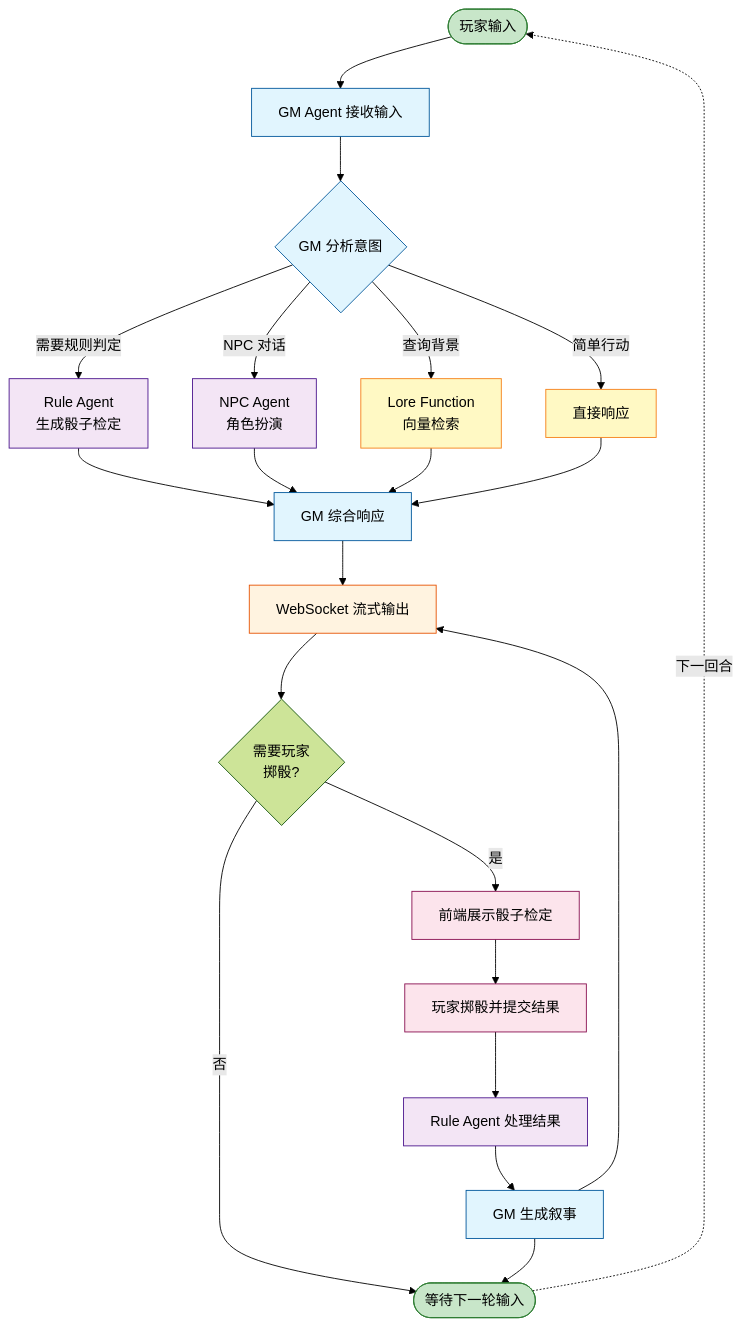
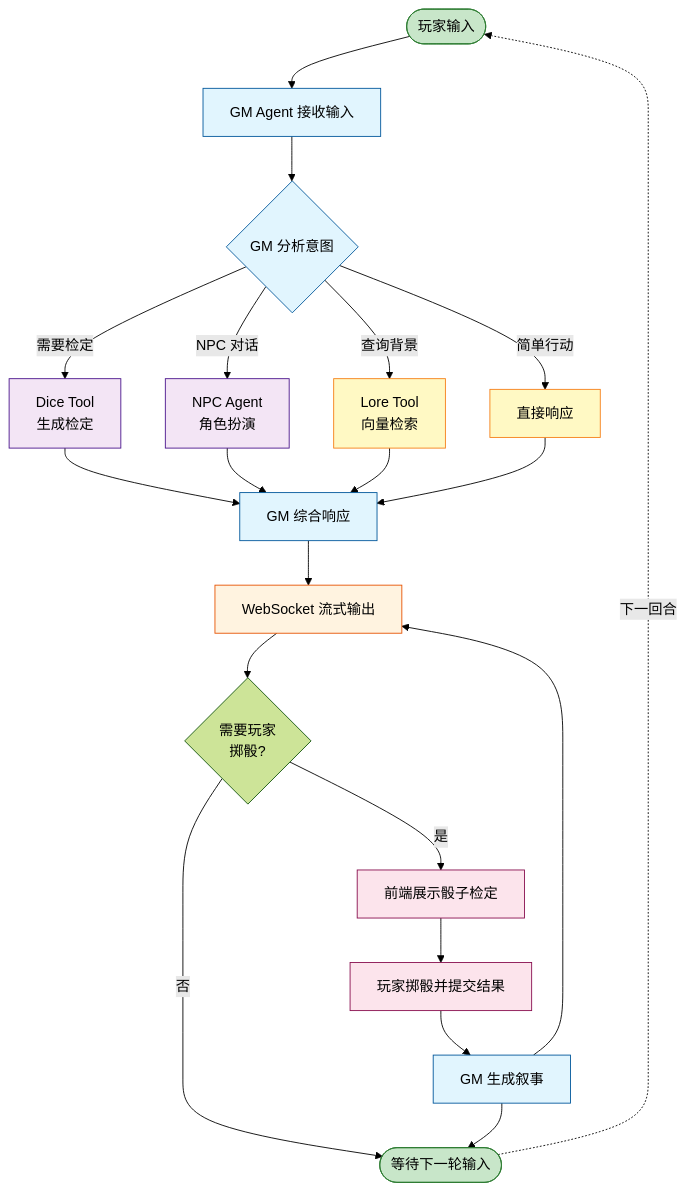
One commit to Rene-Zhou/Astinus changed the second of 2 diagrams in README.md. Above: the diagram before and after it, drawn with Mermaid (forest theme). The commit also changed other lines of this file and 139 other files, not shown here.

````diff
--- a/README.md
+++ b/README.md
@@ -204,44 +197,42 @@
 ```mermaid
 graph TD
     Start([玩家输入]) --> GM_Receive[GM Agent 接收输入]
     GM_Receive --> GM_Analyze{GM 分析意图}
 
-    GM_Analyze -->|需要规则判定| Rule[Rule Agent<br/>生成骰子检定]
     GM_Analyze -->|NPC 对话| NPC[NPC Agent<br/>角色扮演]
-    GM_Analyze -->|查询背景| Lore[Lore Function<br/>向量检索]
+    GM_Analyze -->|查询背景| Lore[Lore Tool<br/>向量检索]
+    GM_Analyze -->|需要检定| Dice[Dice Tool<br/>生成检定]
     GM_Analyze -->|简单行动| Direct[直接响应]
 
-    Rule --> GM_Synthesize[GM 综合响应]
+    Dice --> GM_Synthesize[GM 综合响应]
     NPC --> GM_Synthesize
     Lore --> GM_Synthesize
     Direct --> GM_Synthesize
 
     GM_Synthesize --> Stream[WebSocket 流式输出]
     Stream --> Wait{需要玩家<br/>掷骰?}
 
     Wait -->|是| DiceCheck[前端展示骰子检定]
     DiceCheck --> DiceResult[玩家掷骰并提交结果]
-    DiceResult --> Rule_Process[Rule Agent 处理结果]
-    Rule_Process --> GM_Narrate[GM 生成叙事]
+    DiceResult --> GM_Narrate[GM 生成叙事]
     GM_Narrate --> Stream
 
     Wait -->|否| End([等待下一轮输入])
     GM_Narrate --> End
 
     End -.下一回合.-> Start
 
     style Start fill:#c8e6c9,stroke:#2e7d32,color:#000000
     style GM_Receive fill:#e1f5fe,stroke:#01579b,color:#000000
     style GM_Analyze fill:#e1f5fe,stroke:#01579b,color:#000000
     style GM_Synthesize fill:#e1f5fe,stroke:#01579b,color:#000000
     style GM_Narrate fill:#e1f5fe,stroke:#01579b,color:#000000
-    style Rule fill:#f3e5f5,stroke:#4a148c,color:#000000
+    style Dice fill:#f3e5f5,stroke:#4a148c,color:#000000
     style NPC fill:#f3e5f5,stroke:#4a148c,color:#000000
     style Lore fill:#fff9c4,stroke:#f57f17,color:#000000
     style Direct fill:#fff9c4,stroke:#f57f17,color:#000000
-    style Rule_Process fill:#f3e5f5,stroke:#4a148c,color:#000000
     style Stream fill:#fff3e0,stroke:#e65100,color:#000000
     style DiceCheck fill:#fce4ec,stroke:#880e4f,color:#000000
     style DiceResult fill:#fce4ec,stroke:#880e4f,color:#000000
     style End fill:#c8e6c9,stroke:#2e7d32,color:#000000
 ```
````
